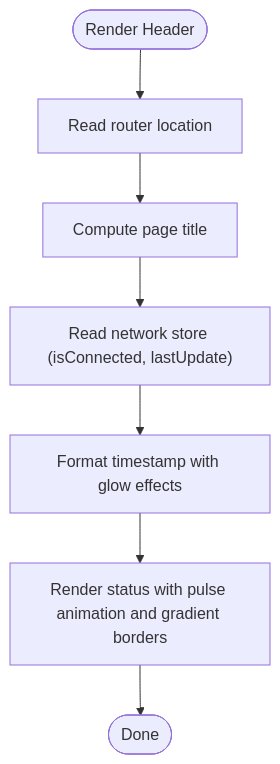
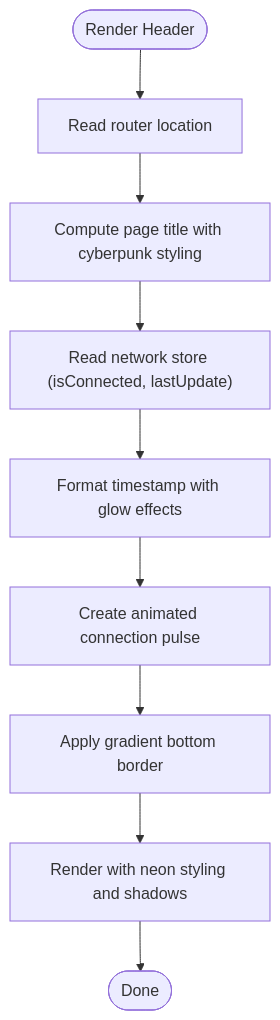
Before and after one commit to RunTimeAdmin/InfraWatch: the fourth of 19 diagrams in .qoder/repowiki/en/content/Frontend Architecture/Component Architecture.md, drawn with Mermaid. The commit also changed other lines of this file and 12 other files, not shown here.

````diff
--- a/.qoder/repowiki/en/content/Frontend Architecture/Component Architecture.md
+++ b/.qoder/repowiki/en/content/Frontend Architecture/Component Architecture.md
@@ -265,9 +270,11 @@
 ```mermaid
 flowchart TD
 Start(["Render Header"]) --> GetLoc["Read router location"]
-GetLoc --> ComputeTitle["Compute page title"]
+GetLoc --> ComputeTitle["Compute page title with cyberpunk styling"]
 ComputeTitle --> ReadStore["Read network store (isConnected, lastUpdate)"]
 ReadStore --> FormatTS["Format timestamp with glow effects"]
-FormatTS --> Render["Render status with pulse animation and gradient borders"]
+FormatTS --> CreateGlow["Create animated connection pulse"]
+CreateGlow --> GradientBorder["Apply gradient bottom border"]
+GradientBorder --> Render["Render with neon styling and shadows"]
 Render --> End(["Done"])
 ```
````
